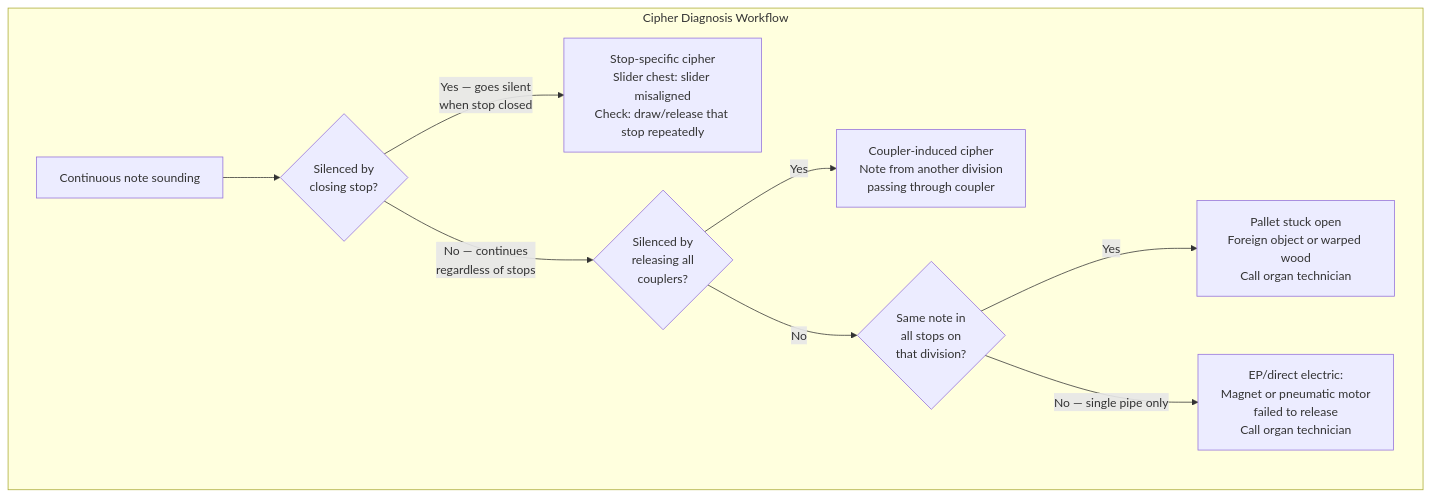
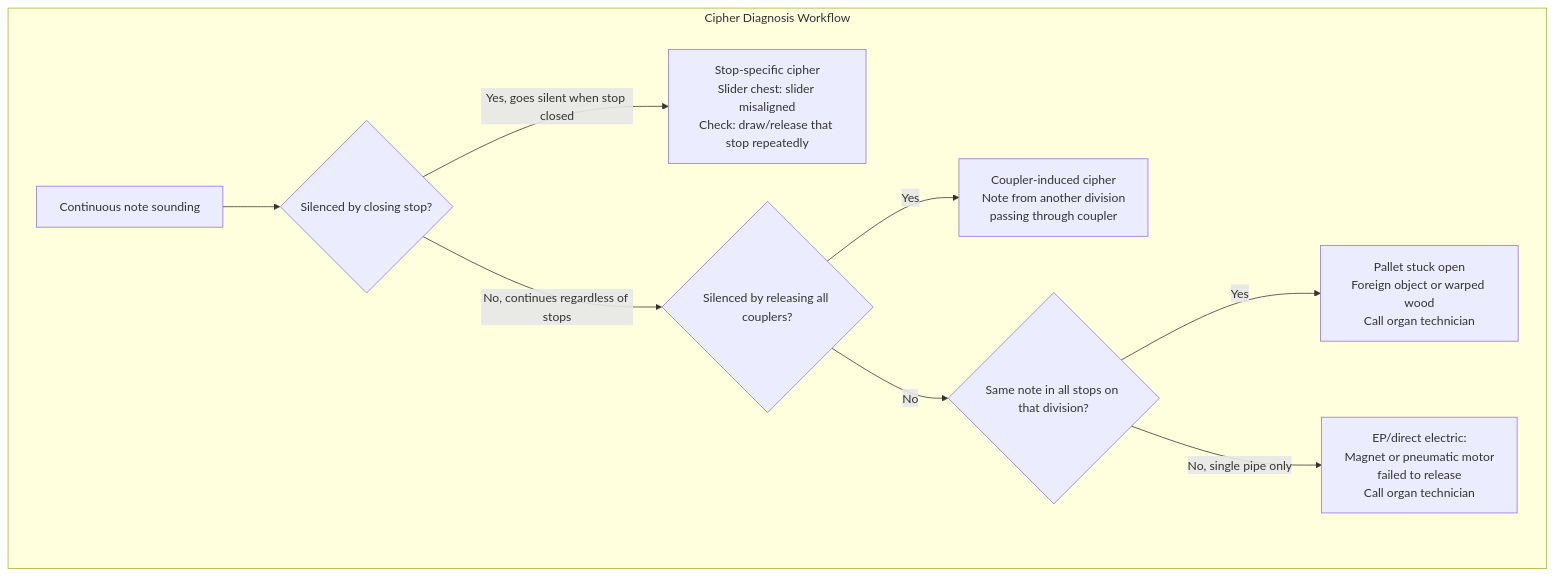
Before and after one commit to blebleblee/synapse: the fourth of 5 diagrams in topics/arts/music_performance/organ/lesson_04_performance_practice.md, drawn with Mermaid. The commit also changed other lines of this file and 4 other files, not shown here.

````diff
--- a/topics/arts/music_performance/organ/lesson_04_performance_practice.md
+++ b/topics/arts/music_performance/organ/lesson_04_performance_practice.md
@@ -531,12 +614,12 @@
 ```mermaid
 flowchart TD
     subgraph sub_cipher_diagnosis ["Cipher Diagnosis Workflow"]
-        A["Continuous note sounding"] --> B{"Silenced by\nclosing stop?"}
-        B -->|"Yes — goes silent\nwhen stop closed"| C["Stop-specific cipher\nSlider chest: slider misaligned\nCheck: draw/release that stop repeatedly"]
-        B -->|"No — continues\nregardless of stops"| D{"Silenced by\nreleasing all\ncouplers?"}
+        A["Continuous note sounding"] --> B{"Silenced by closing stop?"}
+        B -->|"Yes, goes silent when stop closed"| C["Stop-specific cipher\nSlider chest: slider misaligned\nCheck: draw/release that stop repeatedly"]
+        B -->|"No, continues regardless of stops"| D{"Silenced by releasing all couplers?"}
         D -->|"Yes"| E["Coupler-induced cipher\nNote from another division\npassing through coupler"]
-        D -->|"No"| F{"Same note in\nall stops on\nthat division?"}
+        D -->|"No"| F{"Same note in all stops on that division?"}
         F -->|"Yes"| G["Pallet stuck open\nForeign object or warped wood\nCall organ technician"]
-        F -->|"No — single pipe only"| H["EP/direct electric:\nMagnet or pneumatic motor\nfailed to release\nCall organ technician"]
+        F -->|"No, single pipe only"| H["EP/direct electric:\nMagnet or pneumatic motor\nfailed to release\nCall organ technician"]
     end
 ```
````
